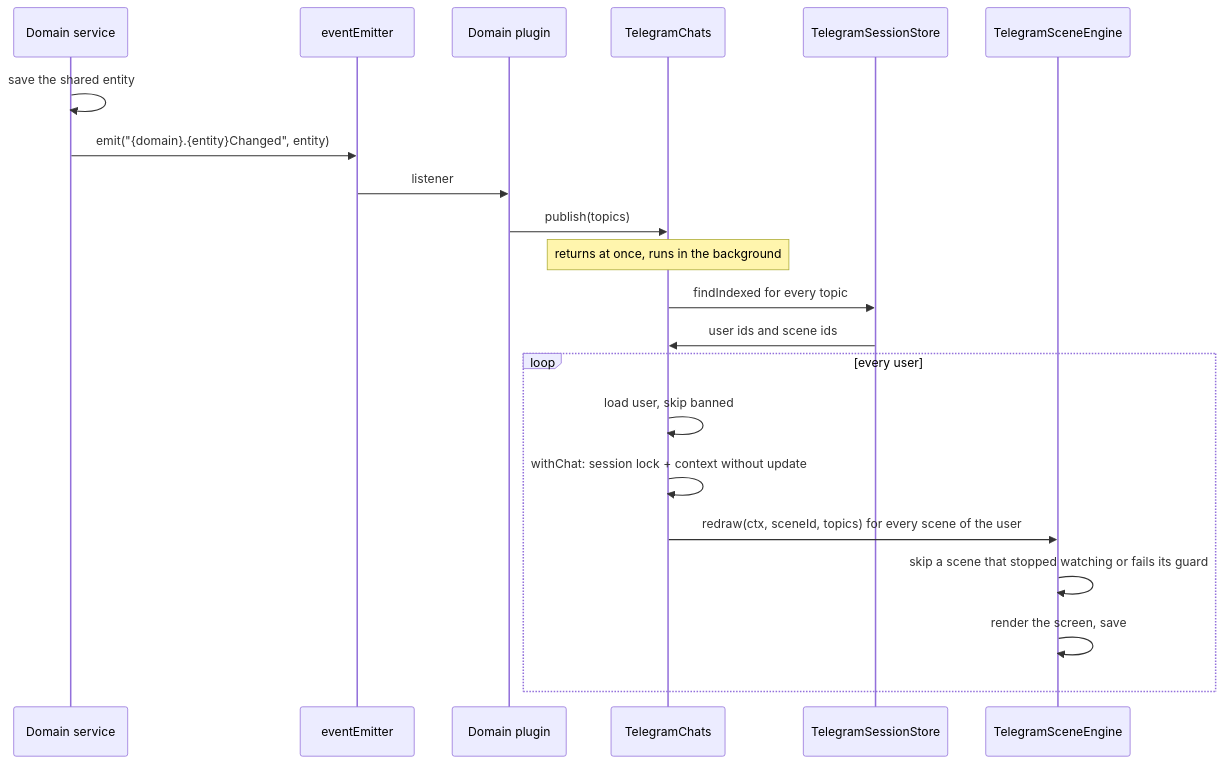
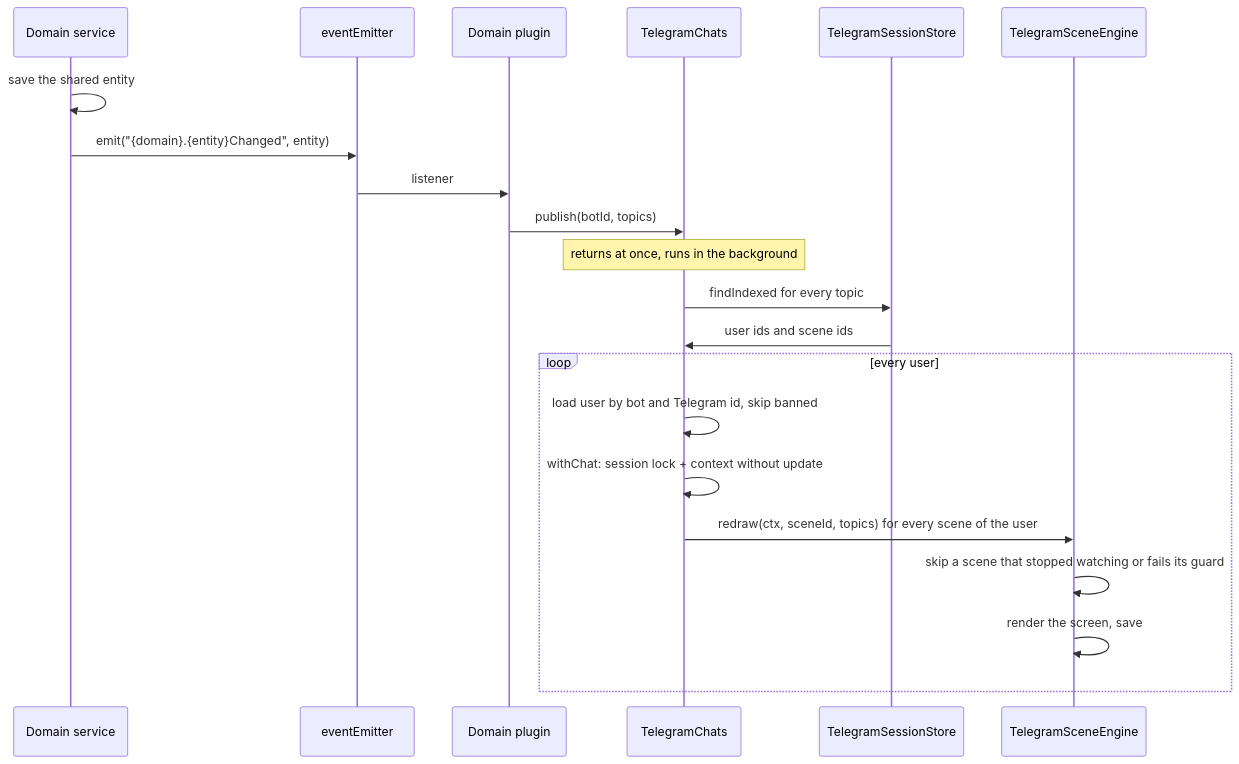
Before and after one commit to ayuvlasenko/smart-assistant: the fourth of 6 diagrams in apps/server/src/plugins/app/telegram/README.md, drawn with Mermaid. The commit also changed other lines of this file and 44 other files, not shown here.

First line of the commit message:
feat: route Telegram updates and users by bot

````diff
--- a/apps/server/src/plugins/app/telegram/README.md
+++ b/apps/server/src/plugins/app/telegram/README.md
@@ -622,24 +650,24 @@
 ```mermaid
 sequenceDiagram
     participant D as Domain service
     participant Em as eventEmitter
     participant P as Domain plugin
     participant C as TelegramChats
     participant S as TelegramSessionStore
     participant E as TelegramSceneEngine
 
     D->>D: save the shared entity
     D->>Em: emit("{domain}.{entity}Changed", entity)
     Em->>P: listener
-    P->>C: publish(topics)
+    P->>C: publish(botId, topics)
     Note over C: returns at once, runs in the background
     C->>S: findIndexed for every topic
     S->>C: user ids and scene ids
     loop every user
-        C->>C: load user, skip banned
+        C->>C: load user by bot and Telegram id, skip banned
         C->>C: withChat: session lock + context without update
         C->>E: redraw(ctx, sceneId, topics) for every scene of the user
         E->>E: skip a scene that stopped watching or fails its guard
         E->>E: render the screen, save
     end
 ```
````
